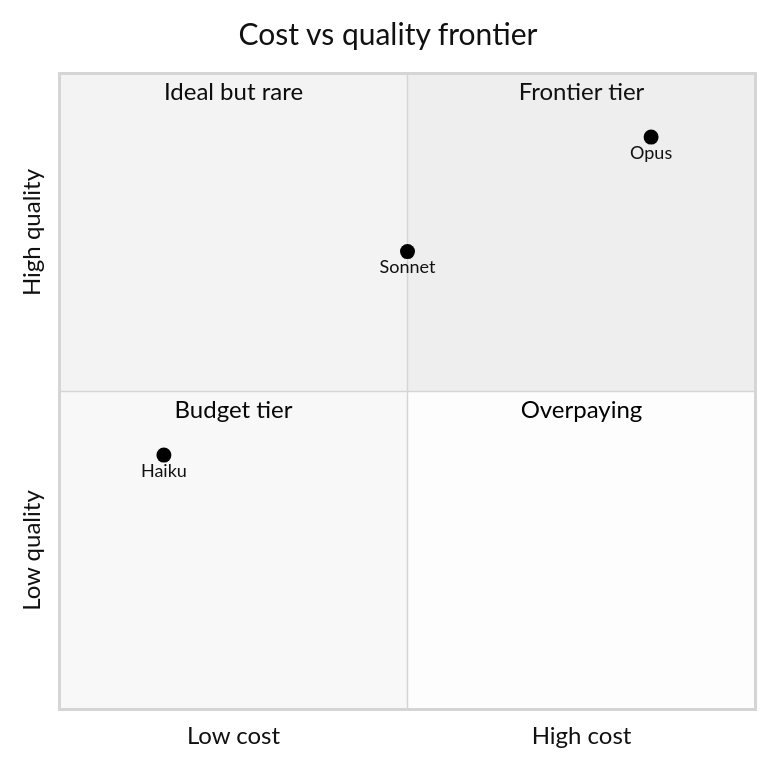
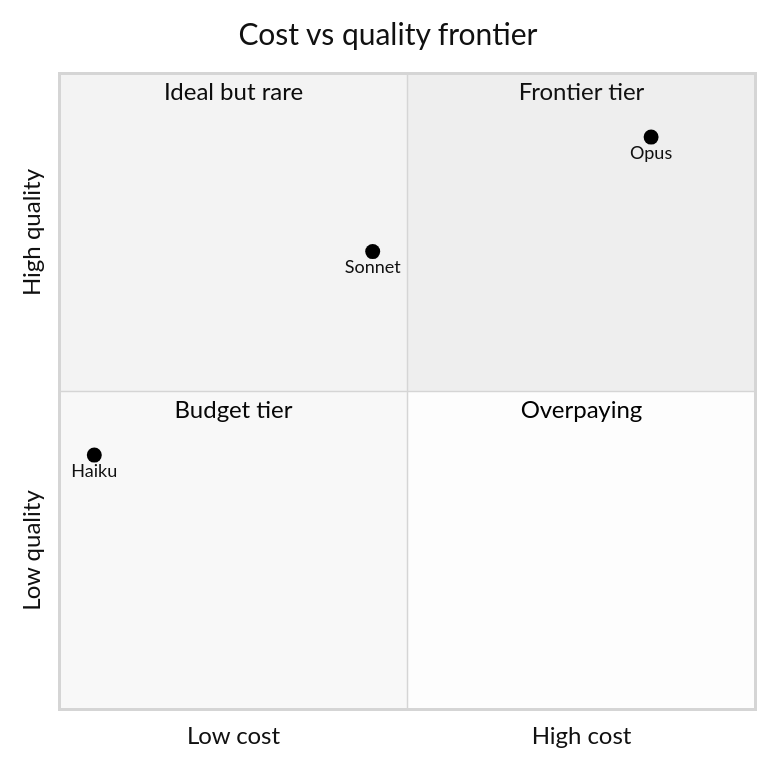
One commit to rppol/system-design changed the fifth of 6 diagrams in src/main/java/com/rutik/systemdesign/llm/llm_routing_and_model_selection/llm_routing_and_model_selection.md. Above: the diagram before and after it, drawn with Mermaid (neutral theme). The commit also changed other lines of this file and 655 other files, not shown here.

````diff
--- a/src/main/java/com/rutik/systemdesign/llm/llm_routing_and_model_selection/llm_routing_and_model_selection.md
+++ b/src/main/java/com/rutik/systemdesign/llm/llm_routing_and_model_selection/llm_routing_and_model_selection.md
@@ -715,13 +738,13 @@
 ```mermaid
 quadrantChart
     title Cost vs quality frontier
     x-axis Low cost --> High cost
     y-axis Low quality --> High quality
     quadrant-1 Frontier tier
     quadrant-2 Ideal but rare
     quadrant-3 Budget tier
     quadrant-4 Overpaying
-    Haiku: [0.15, 0.40]
-    Sonnet: [0.50, 0.72]
+    Haiku: [0.05, 0.40]
+    Sonnet: [0.45, 0.72]
     Opus: [0.85, 0.90]
 ```
````
